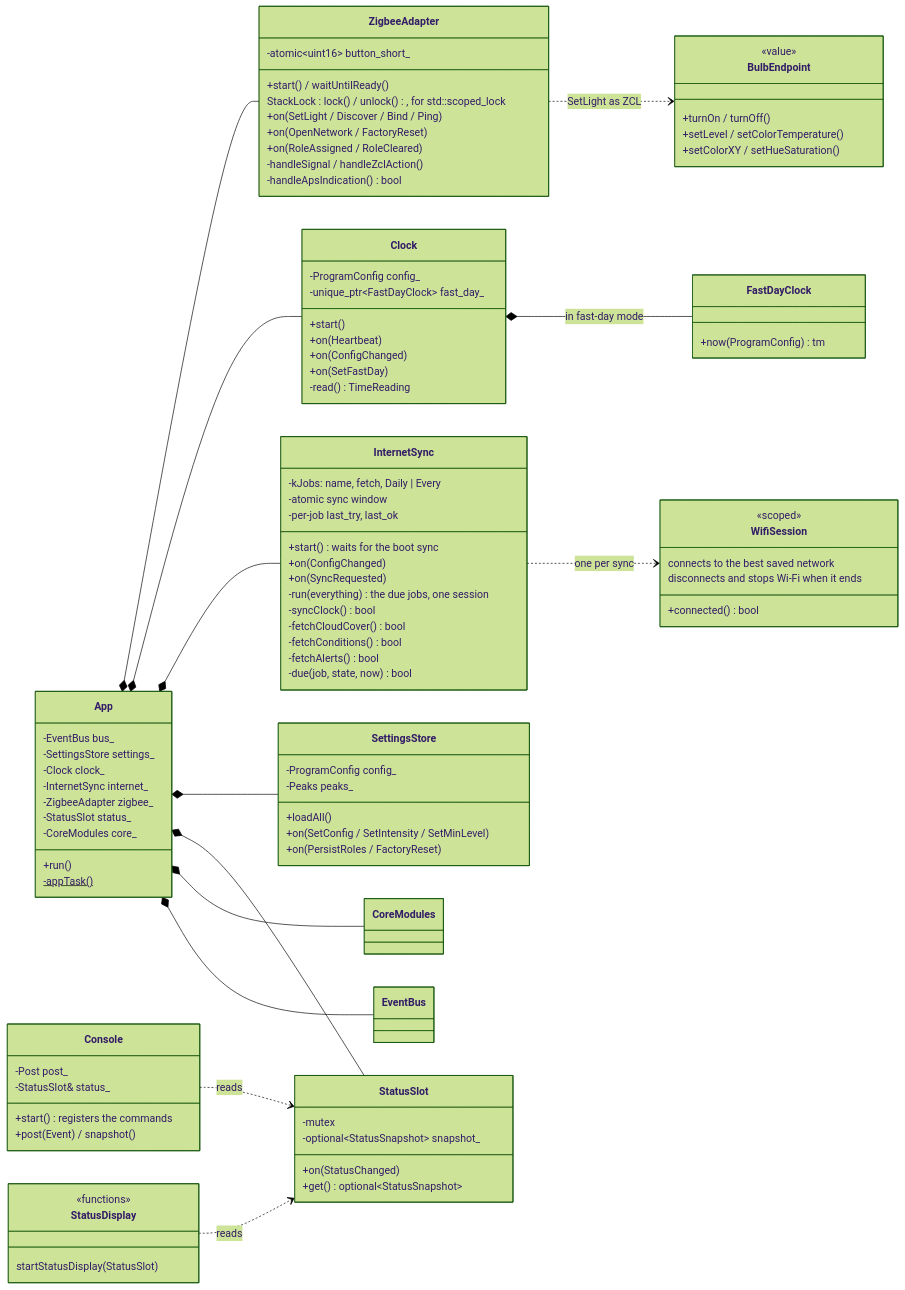
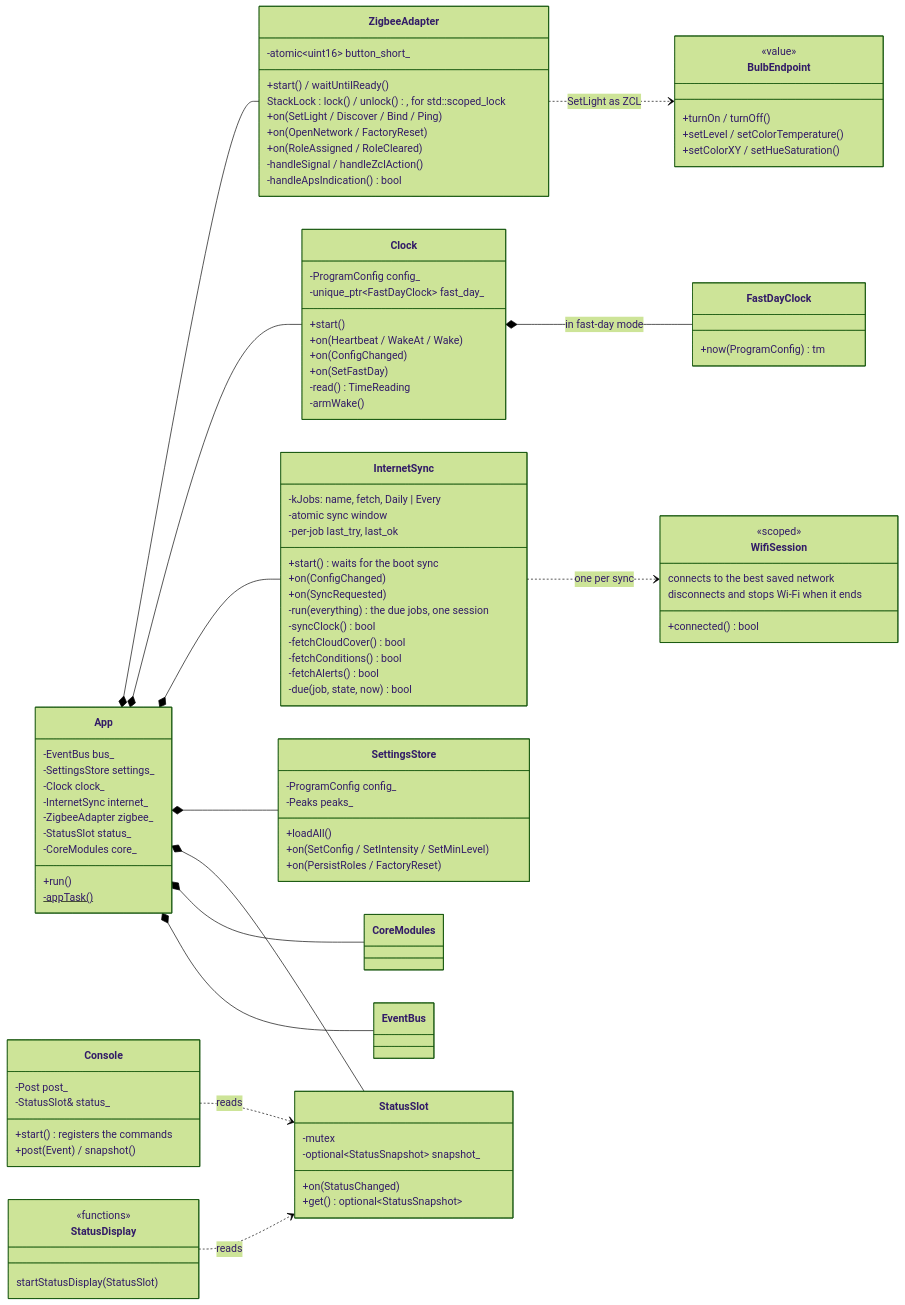
One commit to bjerre/sunsim changed the fifth of 10 diagrams in ARCHITECTURE.md. Above: the diagram before and after it, drawn with Mermaid (forest theme). The commit also changed other lines of this file and 15 other files, not shown here.

```diff
--- a/ARCHITECTURE.md
+++ b/ARCHITECTURE.md
@@ -432,10 +440,11 @@
         -ProgramConfig config_
         -unique_ptr~FastDayClock~ fast_day_
         +start()
-        +on(Heartbeat)
+        +on(Heartbeat / WakeAt / Wake)
         +on(ConfigChanged)
         +on(SetFastDay)
         -read() TimeReading
+        -armWake()
     }
     class InternetSync {
         -kJobs: name, fetch, Daily | Every
```
